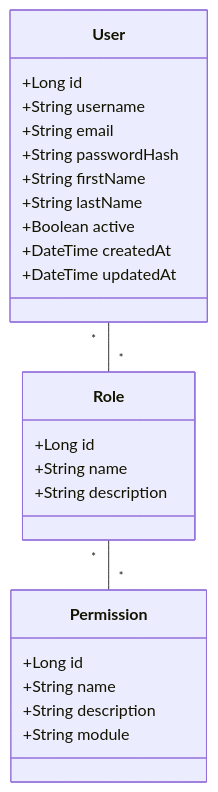
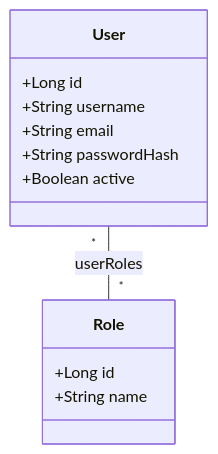
One commit to kirtika-0102/StockSmart changed the first of 9 diagrams in docs/class-diagram.md. Above: the diagram before and after it, drawn with Mermaid. The commit also changed other lines of this file and 74 other files, not shown here.

Commit message:
architecture of application

````diff
--- a/docs/class-diagram.md
+++ b/docs/class-diagram.md
@@ -7,30 +7,15 @@
 ```mermaid
 classDiagram
     class User {
         +Long id
         +String username
         +String email
         +String passwordHash
-        +String firstName
-        +String lastName
         +Boolean active
-        +DateTime createdAt
-        +DateTime updatedAt
     }
-
     class Role {
         +Long id
         +String name
-        +String description
     }
-
-    class Permission {
-        +Long id
-        +String name
-        +String description
-        +String module
-    }
-
-    User "*" -- "*" Role
-    Role "*" -- "*" Permission
+    User "*" -- "*" Role : userRoles
 ```
````
